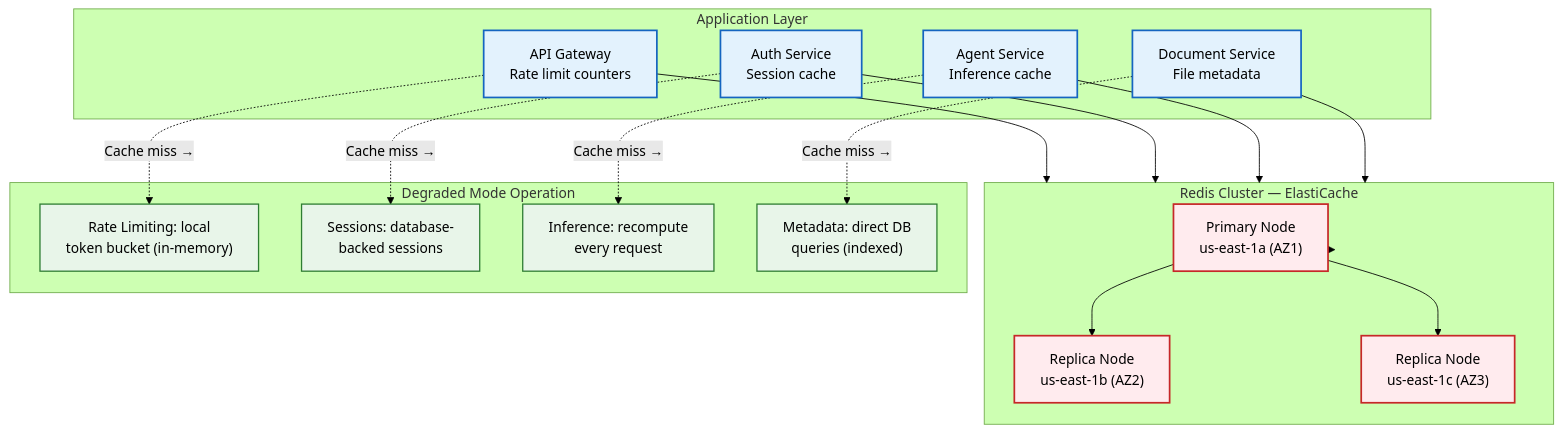
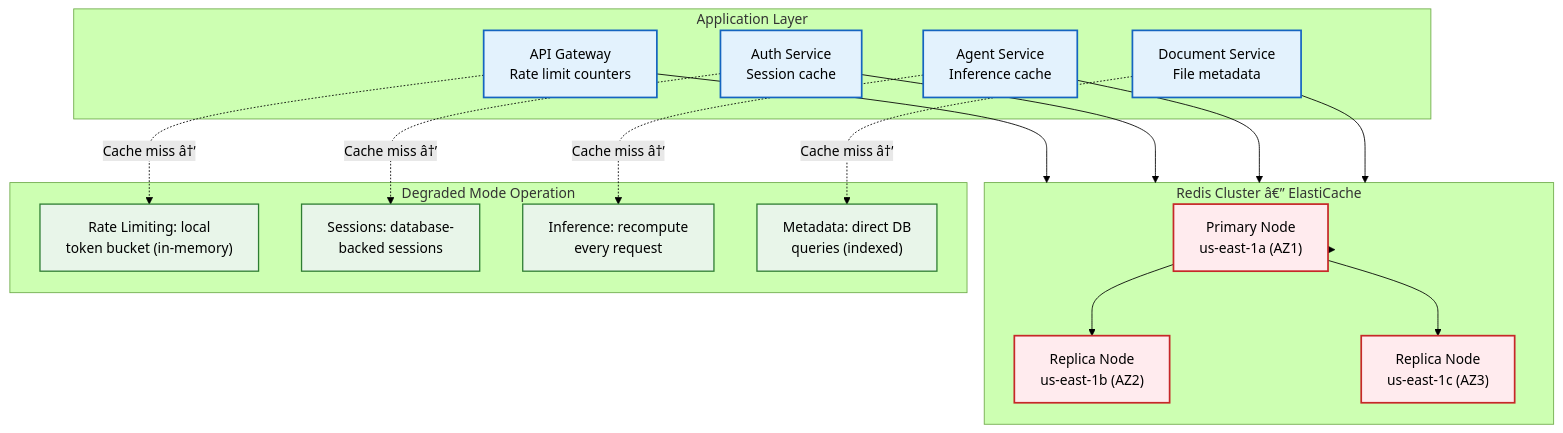
One commit to Driftloom/Vaeloom changed the first of 2 diagrams in Docs/Operations/Runbooks/Cache-Failure.md. Above: the diagram before and after it, drawn with Mermaid (forest theme). The commit also changed other lines of this file and 249 other files, not shown here.

````diff
--- a/Docs/Operations/Runbooks/Cache-Failure.md
+++ b/Docs/Operations/Runbooks/Cache-Failure.md
@@ -16,39 +16,39 @@
 ```mermaid
 graph TD
     classDef app fill:#e3f2fd,stroke:#1565c0,color:#000,stroke-width:2px
     classDef redis fill:#ffebee,stroke:#c62828,color:#000,stroke-width:2px
     classDef fallback fill:#e8f5e9,stroke:#2e7d32,color:#000,stroke-width:1.5px
 
     subgraph Applications["Application Layer"]
         API["API Gateway<br/>Rate limit counters"]
         AUTH["Auth Service<br/>Session cache"]
         AGENT["Agent Service<br/>Inference cache"]
         DOC["Document Service<br/>File metadata"]
     end
 
-    subgraph Redis["Redis Cluster — ElastiCache"]
+    subgraph Redis["Redis Cluster â€” ElastiCache"]
         R1["Primary Node<br/>us-east-1a (AZ1)"]
         R2["Replica Node<br/>us-east-1b (AZ2)"]
         R3["Replica Node<br/>us-east-1c (AZ3)"]
     end
 
     subgraph Fallback["Degraded Mode Operation"]
         F1["Rate Limiting: local<br/>token bucket (in-memory)"]
         F2["Sessions: database-<br/>backed sessions"]
         F3["Inference: recompute<br/>every request"]
         F4["Metadata: direct DB<br/>queries (indexed)"]
     end
 
     API & AUTH & AGENT & DOC --> Redis
     Redis --> R1
     R1 --> R2 & R3
     
-    API -.->|Cache miss →| F1
-    AUTH -.->|Cache miss →| F2
-    AGENT -.->|Cache miss →| F3
-    DOC -.->|Cache miss →| F4
+    API -.->|Cache miss â†’| F1
+    AUTH -.->|Cache miss â†’| F2
+    AGENT -.->|Cache miss â†’| F3
+    DOC -.->|Cache miss â†’| F4
 
     class API,AUTH,AGENT,DOC app
     class R1,R2,R3 redis
     class F1,F2,F3,F4 fallback
 ```
````
